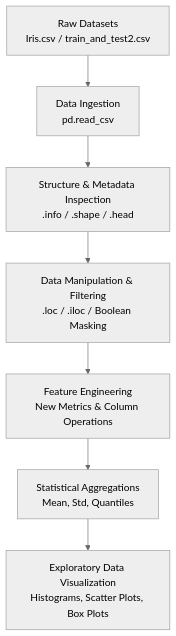
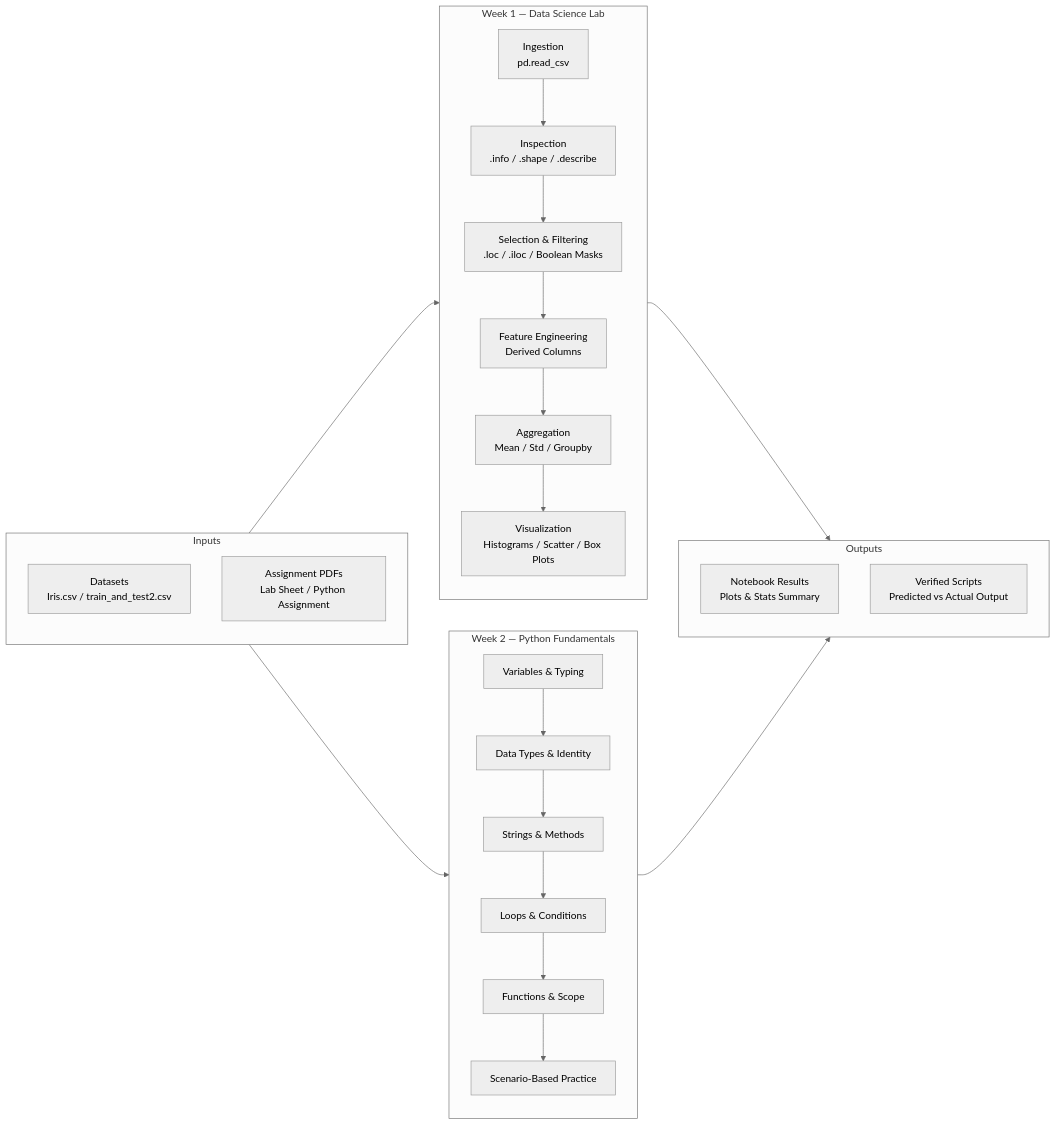
The diagram in README.md (Yashendra-org/Data_Science_And_Visualization_Lab), drawn with Mermaid (neutral theme) before and after one commit. The commit also changed other lines of this file, not shown here.

First line of the commit message:
Revise README for lab experiments and course details

````diff
--- a/README.md
+++ b/README.md
@@ -44,9 +59,37 @@
 ```mermaid
-flowchart TD
-    A[Raw Datasets<br/>Iris.csv / train_and_test2.csv] --> B[Data Ingestion<br/>pd.read_csv]
-    B --> C[Structure & Metadata Inspection<br/>.info / .shape / .head]
-    C --> D[Data Manipulation & Filtering<br/>.loc / .iloc / Boolean Masking]
-    D --> E[Feature Engineering<br/>New Metrics & Column Operations]
-    E --> F[Statistical Aggregations<br/>Mean, Std, Quantiles]
-    F --> G[Exploratory Data Visualization<br/>Histograms, Scatter Plots, Box Plots]
+flowchart LR
+    subgraph INPUT[Inputs]
+        direction TB
+        A1[Datasets<br/>Iris.csv / train_and_test2.csv]
+        A2[Assignment PDFs<br/>Lab Sheet / Python Assignment]
+    end
+
+    subgraph W1[Week 1 — Data Science Lab]
+        direction TB
+        B[Ingestion<br/>pd.read_csv] --> C[Inspection<br/>.info / .shape / .describe]
+        C --> D[Selection & Filtering<br/>.loc / .iloc / Boolean Masks]
+        D --> E[Feature Engineering<br/>Derived Columns]
+        E --> F[Aggregation<br/>Mean / Std / Groupby]
+        F --> G[Visualization<br/>Histograms / Scatter / Box Plots]
+    end
+
+    subgraph W2[Week 2 — Python Fundamentals]
+        direction TB
+        H[Variables & Typing] --> I[Data Types & Identity]
+        I --> J[Strings & Methods]
+        J --> K[Loops & Conditions]
+        K --> L[Functions & Scope]
+        L --> M[Scenario-Based Practice]
+    end
+
+    subgraph OUTPUT[Outputs]
+        direction TB
+        N[Notebook Results<br/>Plots & Stats Summary]
+        O[Verified Scripts<br/>Predicted vs Actual Output]
+    end
+
+    A1 --> W1
+    A2 --> W2
+    W1 --> N
+    W2 --> O
 ```
````
